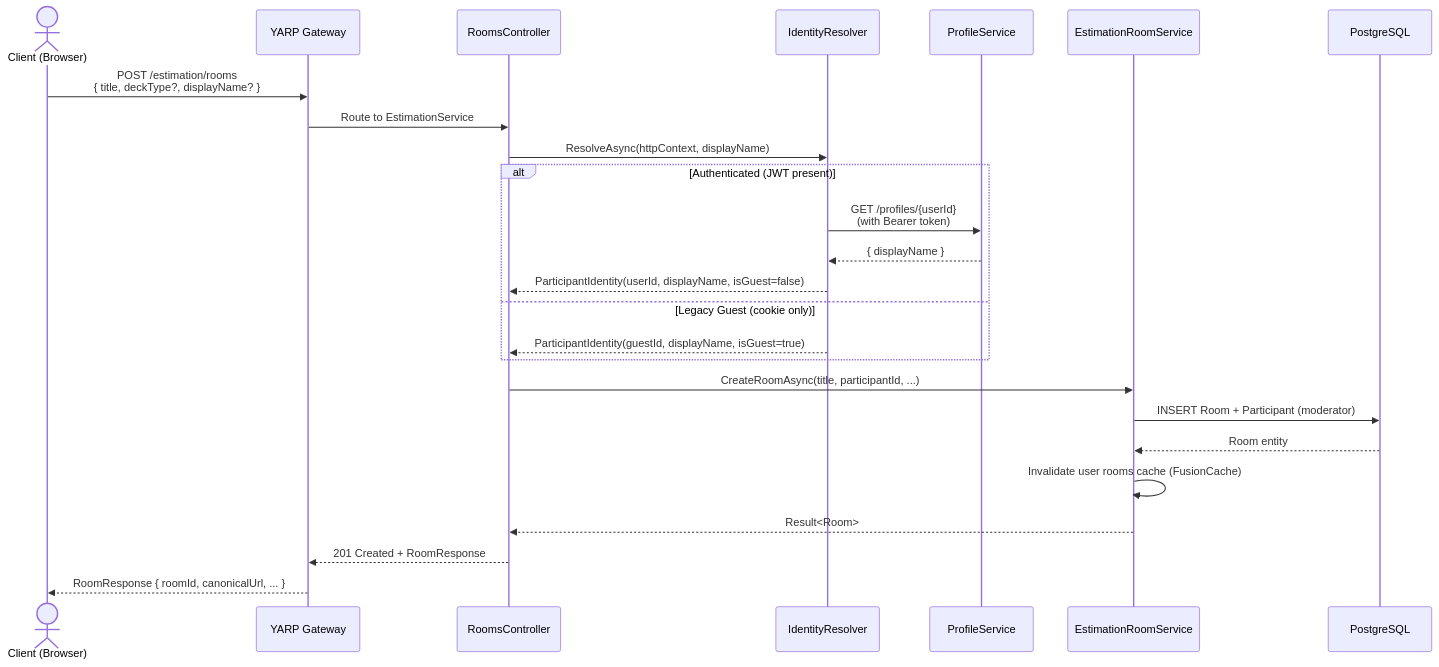
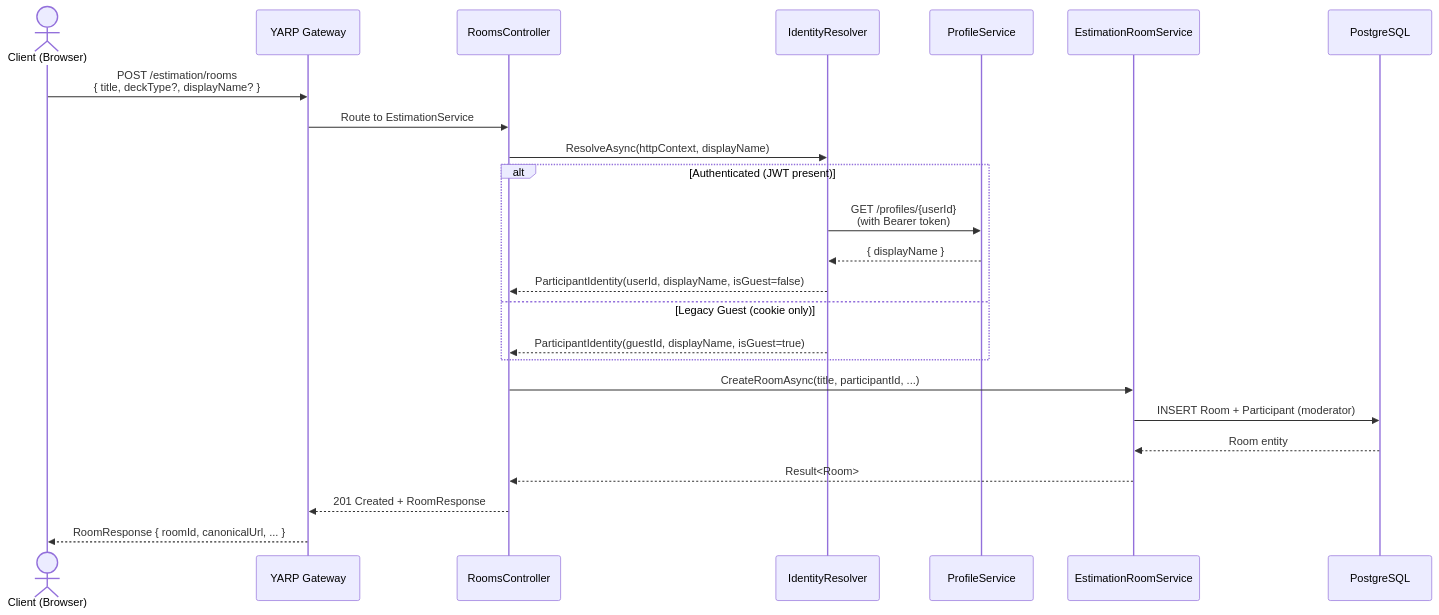
One commit to HeliosPersonal/overflow changed the first of 11 diagrams in Overflow.EstimationService/README.md. Above: the diagram before and after it, drawn with Mermaid. The commit also changed other lines of this file and 13 other files, not shown here.

````diff
--- a/Overflow.EstimationService/README.md
+++ b/Overflow.EstimationService/README.md
@@ -110,30 +108,29 @@
 ```mermaid
 sequenceDiagram
     actor User as Client (Browser)
     participant GW as YARP Gateway
     participant EC as RoomsController
     participant IR as IdentityResolver
     participant PS as ProfileService
     participant SVC as EstimationRoomService
     participant DB as PostgreSQL
 
     User->>GW: POST /estimation/rooms<br/>{ title, deckType?, displayName? }
     GW->>EC: Route to EstimationService
     EC->>IR: ResolveAsync(httpContext, displayName)
 
     alt Authenticated (JWT present)
         IR->>PS: GET /profiles/{userId}<br/>(with Bearer token)
         PS-->>IR: { displayName }
         IR-->>EC: ParticipantIdentity(userId, displayName, isGuest=false)
     else Legacy Guest (cookie only)
         IR-->>EC: ParticipantIdentity(guestId, displayName, isGuest=true)
     end
 
     EC->>SVC: CreateRoomAsync(title, participantId, ...)
     SVC->>DB: INSERT Room + Participant (moderator)
     DB-->>SVC: Room entity
-    SVC->>SVC: Invalidate user rooms cache (FusionCache)
     SVC-->>EC: Result<Room>
     EC-->>GW: 201 Created + RoomResponse
     GW-->>User: RoomResponse { roomId, canonicalUrl, ... }
 ```
````
